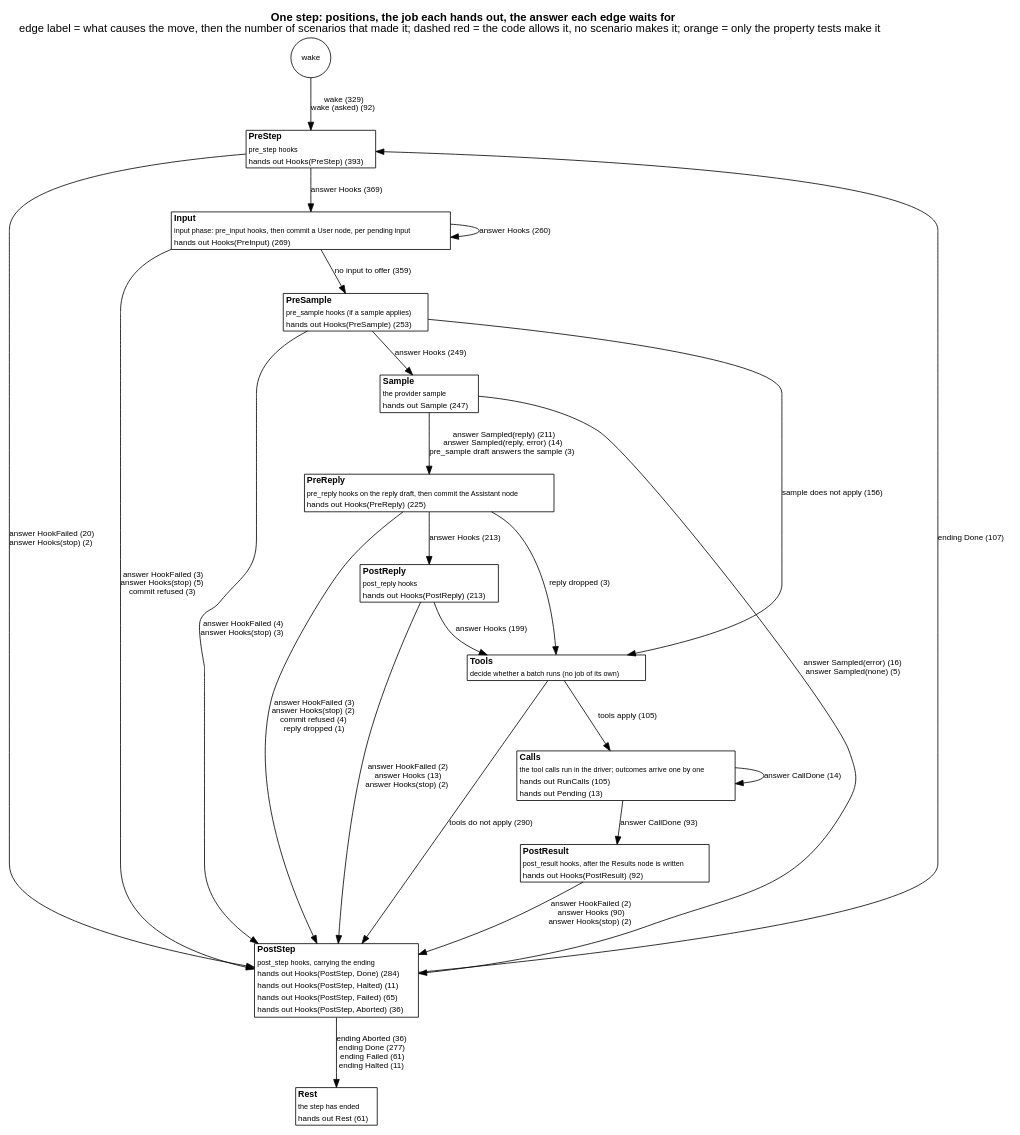
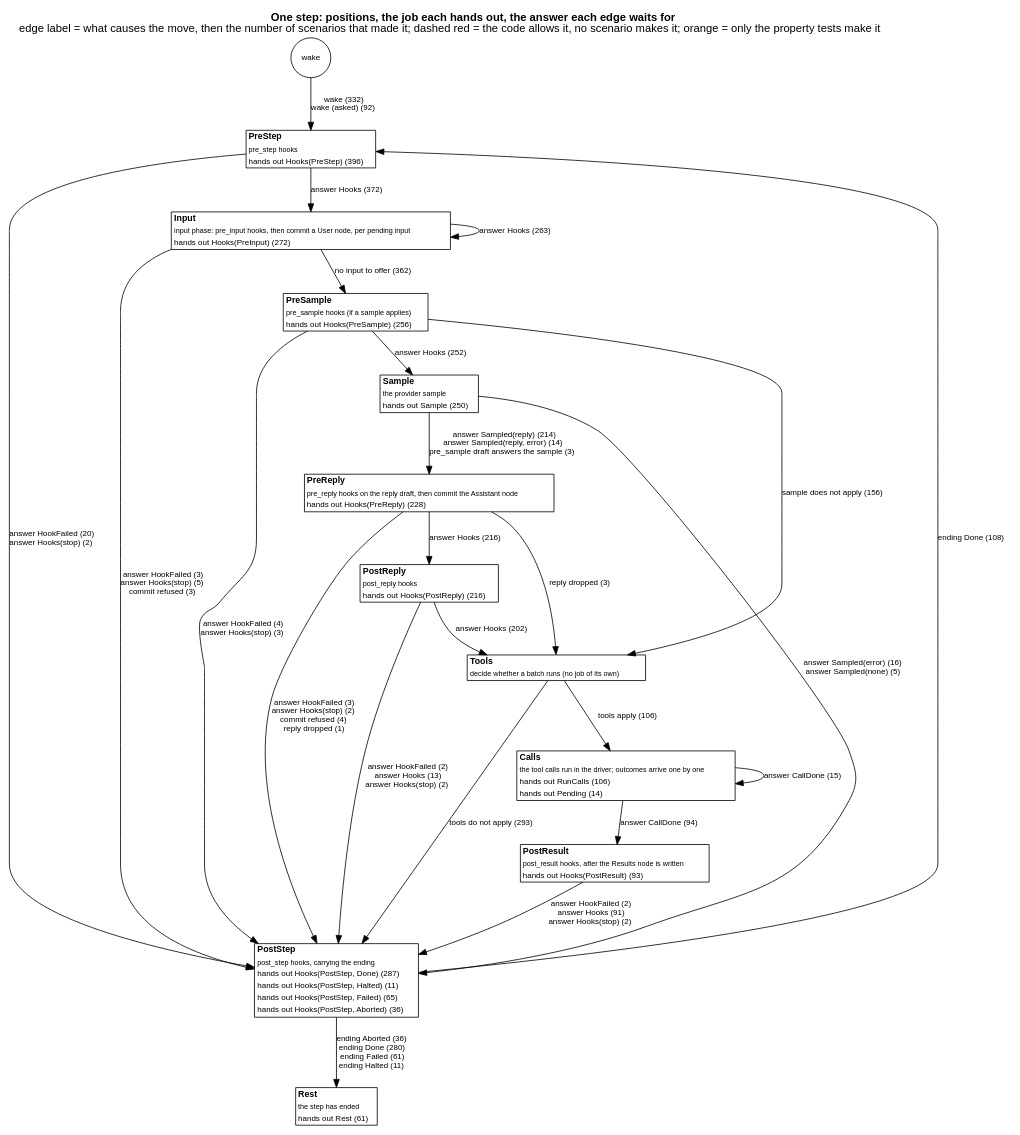
One commit to jmccardle/tau changed the diagram in docs/as-built/diagrams/step-positions.dot. Above: the diagram before and after it, drawn with Graphviz. The commit also changed 43 other files, not shown here.

```diff
--- a/docs/as-built/diagrams/step-positions.dot
+++ b/docs/as-built/diagrams/step-positions.dot
@@ -1,41 +1,41 @@
 // Generated by scripts/diagrams.sh from the test suites' transitions. Do not edit.
 digraph step_positions {
   graph [rankdir=TB, fontname="Helvetica", nodesep=0.5, ranksep=0.6, labelloc=t, label=<<b>One step: positions, the job each hands out, the answer each edge waits for</b><br/>edge label = what causes the move, then the number of scenarios that made it; dashed red = the code allows it, no scenario makes it; orange = only the property tests make it>];
   node [shape=plain, fontname="Helvetica", fontsize=11];
   edge [fontname="Helvetica", fontsize=10];
   "(wake)" [shape=circle, label="wake", fontsize=10];
-  "PreStep" [label=<<table border="1" cellborder="0" cellspacing="0" bgcolor="white"><tr><td align="left"><b>PreStep</b></td></tr><tr><td align="left"><font point-size="9">pre_step hooks</font></td></tr><tr><td align="left"><font color="black" point-size="10">hands out Hooks(PreStep) (393)</font></td></tr></table>>];
-  "Input" [label=<<table border="1" cellborder="0" cellspacing="0" bgcolor="white"><tr><td align="left"><b>Input</b></td></tr><tr><td align="left"><font point-size="9">input phase: pre_input hooks, then commit a User node, per pending input</font></td></tr><tr><td align="left"><font color="black" point-size="10">hands out Hooks(PreInput) (269)</font></td></tr></table>>];
-  "PreSample" [label=<<table border="1" cellborder="0" cellspacing="0" bgcolor="white"><tr><td align="left"><b>PreSample</b></td></tr><tr><td align="left"><font point-size="9">pre_sample hooks (if a sample applies)</font></td></tr><tr><td align="left"><font color="black" point-size="10">hands out Hooks(PreSample) (253)</font></td></tr></table>>];
-  "Sample" [label=<<table border="1" cellborder="0" cellspacing="0" bgcolor="white"><tr><td align="left"><b>Sample</b></td></tr><tr><td align="left"><font point-size="9">the provider sample</font></td></tr><tr><td align="left"><font color="black" point-size="10">hands out Sample (247)</font></td></tr></table>>];
-  "PreReply" [label=<<table border="1" cellborder="0" cellspacing="0" bgcolor="white"><tr><td align="left"><b>PreReply</b></td></tr><tr><td align="left"><font point-size="9">pre_reply hooks on the reply draft, then commit the Assistant node</font></td></tr><tr><td align="left"><font color="black" point-size="10">hands out Hooks(PreReply) (225)</font></td></tr></table>>];
-  "PostReply" [label=<<table border="1" cellborder="0" cellspacing="0" bgcolor="white"><tr><td align="left"><b>PostReply</b></td></tr><tr><td align="left"><font point-size="9">post_reply hooks</font></td></tr><tr><td align="left"><font color="black" point-size="10">hands out Hooks(PostReply) (213)</font></td></tr></table>>];
+  "PreStep" [label=<<table border="1" cellborder="0" cellspacing="0" bgcolor="white"><tr><td align="left"><b>PreStep</b></td></tr><tr><td align="left"><font point-size="9">pre_step hooks</font></td></tr><tr><td align="left"><font color="black" point-size="10">hands out Hooks(PreStep) (396)</font></td></tr></table>>];
+  "Input" [label=<<table border="1" cellborder="0" cellspacing="0" bgcolor="white"><tr><td align="left"><b>Input</b></td></tr><tr><td align="left"><font point-size="9">input phase: pre_input hooks, then commit a User node, per pending input</font></td></tr><tr><td align="left"><font color="black" point-size="10">hands out Hooks(PreInput) (272)</font></td></tr></table>>];
+  "PreSample" [label=<<table border="1" cellborder="0" cellspacing="0" bgcolor="white"><tr><td align="left"><b>PreSample</b></td></tr><tr><td align="left"><font point-size="9">pre_sample hooks (if a sample applies)</font></td></tr><tr><td align="left"><font color="black" point-size="10">hands out Hooks(PreSample) (256)</font></td></tr></table>>];
+  "Sample" [label=<<table border="1" cellborder="0" cellspacing="0" bgcolor="white"><tr><td align="left"><b>Sample</b></td></tr><tr><td align="left"><font point-size="9">the provider sample</font></td></tr><tr><td align="left"><font color="black" point-size="10">hands out Sample (250)</font></td></tr></table>>];
+  "PreReply" [label=<<table border="1" cellborder="0" cellspacing="0" bgcolor="white"><tr><td align="left"><b>PreReply</b></td></tr><tr><td align="left"><font point-size="9">pre_reply hooks on the reply draft, then commit the Assistant node</font></td></tr><tr><td align="left"><font color="black" point-size="10">hands out Hooks(PreReply) (228)</font></td></tr></table>>];
+  "PostReply" [label=<<table border="1" cellborder="0" cellspacing="0" bgcolor="white"><tr><td align="left"><b>PostReply</b></td></tr><tr><td align="left"><font point-size="9">post_reply hooks</font></td></tr><tr><td align="left"><font color="black" point-size="10">hands out Hooks(PostReply) (216)</font></td></tr></table>>];
   "Tools" [label=<<table border="1" cellborder="0" cellspacing="0" bgcolor="white"><tr><td align="left"><b>Tools</b></td></tr><tr><td align="left"><font point-size="9">decide whether a batch runs (no job of its own)</font></td></tr></table>>];
-  "Calls" [label=<<table border="1" cellborder="0" cellspacing="0" bgcolor="white"><tr><td align="left"><b>Calls</b></td></tr><tr><td align="left"><font point-size="9">the tool calls run in the driver; outcomes arrive one by one</font></td></tr><tr><td align="left"><font color="black" point-size="10">hands out RunCalls (105)</font></td></tr><tr><td align="left"><font color="black" point-size="10">hands out Pending (13)</font></td></tr></table>>];
-  "PostResult" [label=<<table border="1" cellborder="0" cellspacing="0" bgcolor="white"><tr><td align="left"><b>PostResult</b></td></tr><tr><td align="left"><font point-size="9">post_result hooks, after the Results node is written</font></td></tr><tr><td align="left"><font color="black" point-size="10">hands out Hooks(PostResult) (92)</font></td></tr></table>>];
-  "PostStep" [label=<<table border="1" cellborder="0" cellspacing="0" bgcolor="white"><tr><td align="left"><b>PostStep</b></td></tr><tr><td align="left"><font point-size="9">post_step hooks, carrying the ending</font></td></tr><tr><td align="left"><font color="black" point-size="10">hands out Hooks(PostStep, Done) (284)</font></td></tr><tr><td align="left"><font color="black" point-size="10">hands out Hooks(PostStep, Halted) (11)</font></td></tr><tr><td align="left"><font color="black" point-size="10">hands out Hooks(PostStep, Failed) (65)</font></td></tr><tr><td align="left"><font color="black" point-size="10">hands out Hooks(PostStep, Aborted) (36)</font></td></tr></table>>];
+  "Calls" [label=<<table border="1" cellborder="0" cellspacing="0" bgcolor="white"><tr><td align="left"><b>Calls</b></td></tr><tr><td align="left"><font point-size="9">the tool calls run in the driver; outcomes arrive one by one</font></td></tr><tr><td align="left"><font color="black" point-size="10">hands out RunCalls (106)</font></td></tr><tr><td align="left"><font color="black" point-size="10">hands out Pending (14)</font></td></tr></table>>];
+  "PostResult" [label=<<table border="1" cellborder="0" cellspacing="0" bgcolor="white"><tr><td align="left"><b>PostResult</b></td></tr><tr><td align="left"><font point-size="9">post_result hooks, after the Results node is written</font></td></tr><tr><td align="left"><font color="black" point-size="10">hands out Hooks(PostResult) (93)</font></td></tr></table>>];
+  "PostStep" [label=<<table border="1" cellborder="0" cellspacing="0" bgcolor="white"><tr><td align="left"><b>PostStep</b></td></tr><tr><td align="left"><font point-size="9">post_step hooks, carrying the ending</font></td></tr><tr><td align="left"><font color="black" point-size="10">hands out Hooks(PostStep, Done) (287)</font></td></tr><tr><td align="left"><font color="black" point-size="10">hands out Hooks(PostStep, Halted) (11)</font></td></tr><tr><td align="left"><font color="black" point-size="10">hands out Hooks(PostStep, Failed) (65)</font></td></tr><tr><td align="left"><font color="black" point-size="10">hands out Hooks(PostStep, Aborted) (36)</font></td></tr></table>>];
   "Rest" [label=<<table border="1" cellborder="0" cellspacing="0" bgcolor="white"><tr><td align="left"><b>Rest</b></td></tr><tr><td align="left"><font point-size="9">the step has ended</font></td></tr><tr><td align="left"><font color="black" point-size="10">hands out Rest (61)</font></td></tr></table>>];
-  "(wake)" -> "PreStep" [label=<wake (329)<br/>wake (asked) (92)>, color="black", style=solid];
-  "Calls" -> "Calls" [label=<answer CallDone (14)>, color="black", style=solid];
-  "Calls" -> "PostResult" [label=<answer CallDone (93)>, color="black", style=solid];
-  "Input" -> "Input" [label=<answer Hooks (260)>, color="black", style=solid];
+  "(wake)" -> "PreStep" [label=<wake (332)<br/>wake (asked) (92)>, color="black", style=solid];
+  "Calls" -> "Calls" [label=<answer CallDone (15)>, color="black", style=solid];
+  "Calls" -> "PostResult" [label=<answer CallDone (94)>, color="black", style=solid];
+  "Input" -> "Input" [label=<answer Hooks (263)>, color="black", style=solid];
   "Input" -> "PostStep" [label=<answer HookFailed (3)<br/>answer Hooks(stop) (5)<br/>commit refused (3)>, color="black", style=solid];
-  "Input" -> "PreSample" [label=<no input to offer (359)>, color="black", style=solid];
+  "Input" -> "PreSample" [label=<no input to offer (362)>, color="black", style=solid];
   "PostReply" -> "PostStep" [label=<answer HookFailed (2)<br/>answer Hooks (13)<br/>answer Hooks(stop) (2)>, color="black", style=solid];
-  "PostReply" -> "Tools" [label=<answer Hooks (199)>, color="black", style=solid];
-  "PostResult" -> "PostStep" [label=<answer HookFailed (2)<br/>answer Hooks (90)<br/>answer Hooks(stop) (2)>, color="black", style=solid];
-  "PostStep" -> "PreStep" [label=<ending Done (107)>, color="black", style=solid];
-  "PostStep" -> "Rest" [label=<ending Aborted (36)<br/>ending Done (277)<br/>ending Failed (61)<br/>ending Halted (11)>, color="black", style=solid];
-  "PreReply" -> "PostReply" [label=<answer Hooks (213)>, color="black", style=solid];
+  "PostReply" -> "Tools" [label=<answer Hooks (202)>, color="black", style=solid];
+  "PostResult" -> "PostStep" [label=<answer HookFailed (2)<br/>answer Hooks (91)<br/>answer Hooks(stop) (2)>, color="black", style=solid];
+  "PostStep" -> "PreStep" [label=<ending Done (108)>, color="black", style=solid];
+  "PostStep" -> "Rest" [label=<ending Aborted (36)<br/>ending Done (280)<br/>ending Failed (61)<br/>ending Halted (11)>, color="black", style=solid];
+  "PreReply" -> "PostReply" [label=<answer Hooks (216)>, color="black", style=solid];
   "PreReply" -> "PostStep" [label=<answer HookFailed (3)<br/>answer Hooks(stop) (2)<br/>commit refused (4)<br/>reply dropped (1)>, color="black", style=solid];
   "PreReply" -> "Tools" [label=<reply dropped (3)>, color="black", style=solid];
   "PreSample" -> "PostStep" [label=<answer HookFailed (4)<br/>answer Hooks(stop) (3)>, color="black", style=solid];
-  "PreSample" -> "Sample" [label=<answer Hooks (249)>, color="black", style=solid];
+  "PreSample" -> "Sample" [label=<answer Hooks (252)>, color="black", style=solid];
   "PreSample" -> "Tools" [label=<sample does not apply (156)>, color="black", style=solid];
-  "PreStep" -> "Input" [label=<answer Hooks (369)>, color="black", style=solid];
+  "PreStep" -> "Input" [label=<answer Hooks (372)>, color="black", style=solid];
   "PreStep" -> "PostStep" [label=<answer HookFailed (20)<br/>answer Hooks(stop) (2)>, color="black", style=solid];
   "Sample" -> "PostStep" [label=<answer Sampled(error) (16)<br/>answer Sampled(none) (5)>, color="black", style=solid];
-  "Sample" -> "PreReply" [label=<answer Sampled(reply) (211)<br/>answer Sampled(reply, error) (14)<br/>pre_sample draft answers the sample (3)>, color="black", style=solid];
-  "Tools" -> "Calls" [label=<tools apply (105)>, color="black", style=solid];
-  "Tools" -> "PostStep" [label=<tools do not apply (290)>, color="black", style=solid];
+  "Sample" -> "PreReply" [label=<answer Sampled(reply) (214)<br/>answer Sampled(reply, error) (14)<br/>pre_sample draft answers the sample (3)>, color="black", style=solid];
+  "Tools" -> "Calls" [label=<tools apply (106)>, color="black", style=solid];
+  "Tools" -> "PostStep" [label=<tools do not apply (293)>, color="black", style=solid];
 }
```
